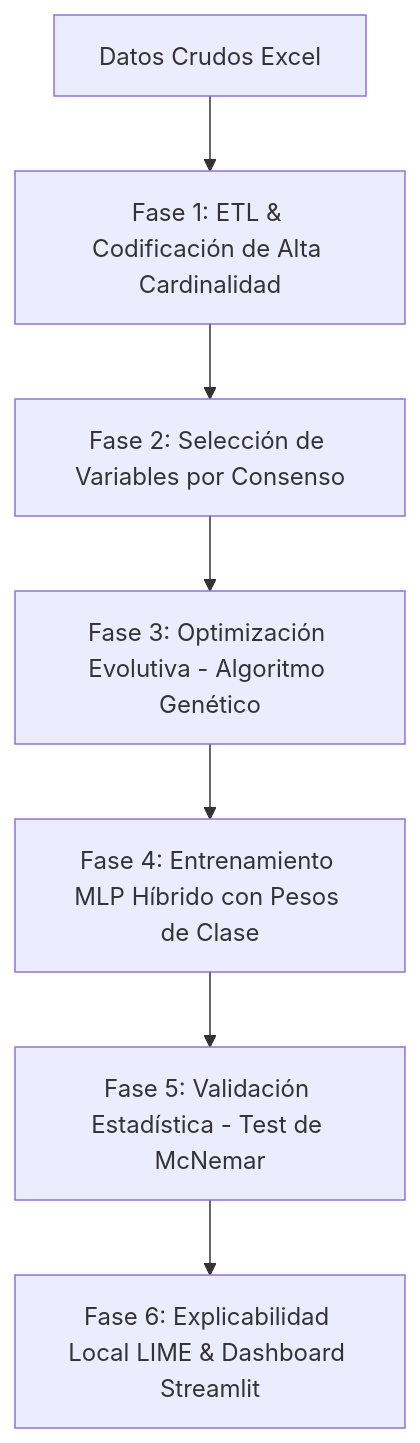
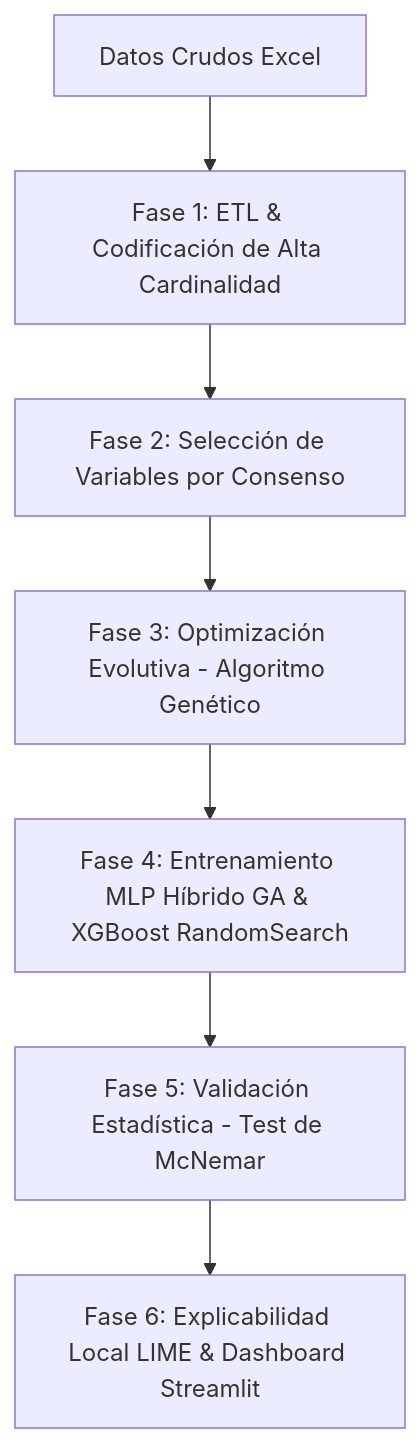
The diagram in README.md (Ordones18/Proyecto_Metahuristicas), drawn with Mermaid before and after one commit. The commit also changed other lines of this file and 16 other files, not shown here.

Commit message:
feat: implement hybrid modeling framework with MLP+GA, XGBoost benchmarking, and interpretability pipelines

````diff
--- a/README.md
+++ b/README.md
@@ -31,9 +31,9 @@
 ```mermaid
 graph TD
     A[Datos Crudos Excel] --> B[Fase 1: ETL & Codificación de Alta Cardinalidad]
     B --> C[Fase 2: Selección de Variables por Consenso]
     C --> D[Fase 3: Optimización Evolutiva - Algoritmo Genético]
-    D --> E[Fase 4: Entrenamiento MLP Híbrido con Pesos de Clase]
+    D --> E[Fase 4: Entrenamiento MLP Híbrido GA & XGBoost RandomSearch]
     E --> F[Fase 5: Validación Estadística - Test de McNemar]
     F --> G[Fase 6: Explicabilidad Local LIME & Dashboard Streamlit]
 ```
````
